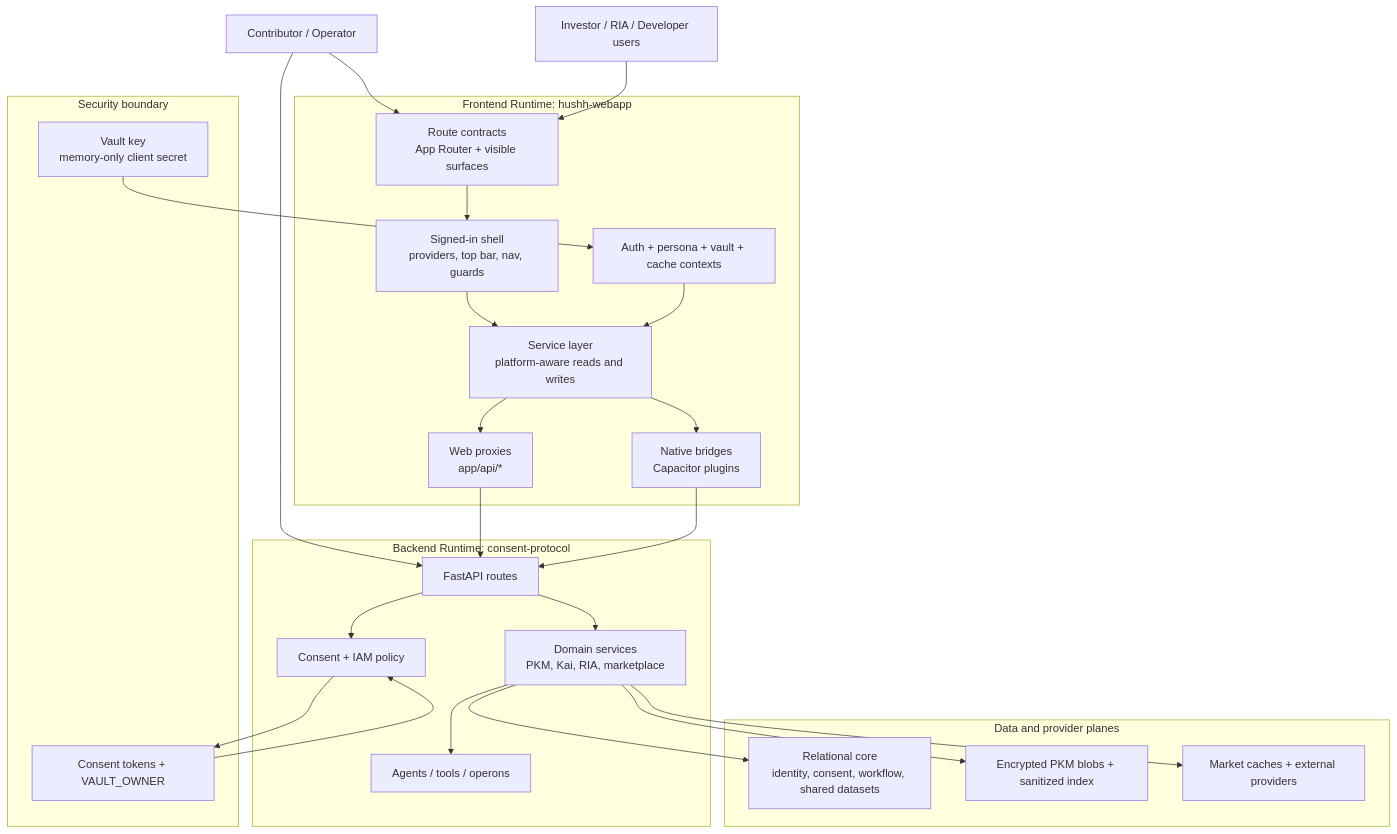
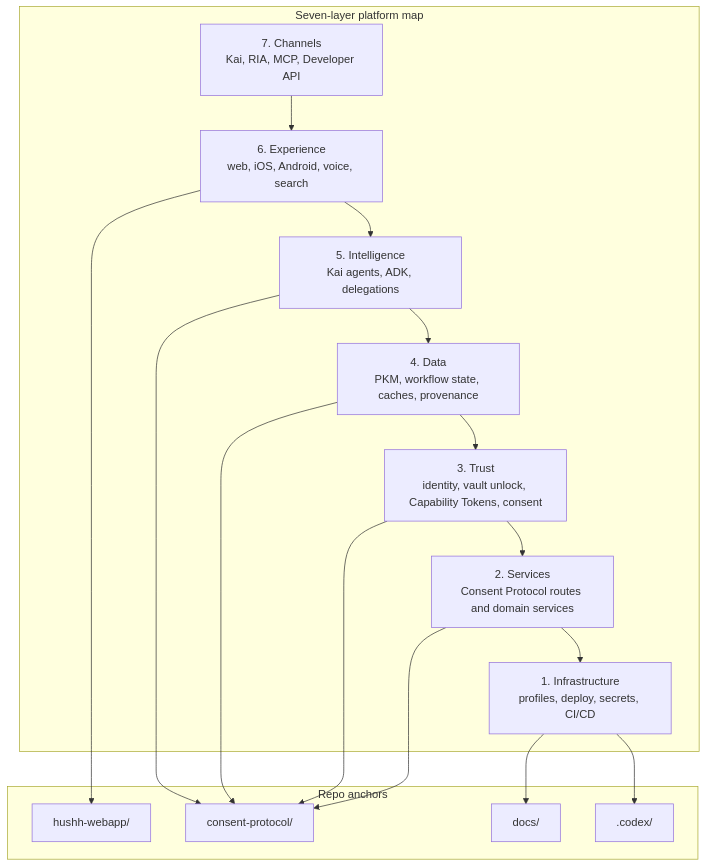
One commit to hushh-labs/hushh-research changed the diagram in docs/project_context_map.md. Above: the diagram before and after it, drawn with Mermaid. The commit also changed other lines of this file and 245 other files, not shown here.

````diff
--- a/docs/project_context_map.md
+++ b/docs/project_context_map.md
@@ -8,49 +7,28 @@
 ```mermaid
 flowchart TB
-  contributor["Contributor / Operator"]
-  users["Investor / RIA / Developer users"]
-
-  subgraph frontend["Frontend Runtime: hushh-webapp"]
-    routes["Route contracts<br/>App Router + visible surfaces"]
-    shell["Signed-in shell<br/>providers, top bar, nav, guards"]
-    services["Service layer<br/>platform-aware reads and writes"]
-    runtime["Auth + persona + vault + cache contexts"]
-    proxies["Web proxies<br/>app/api/*"]
-    plugins["Native bridges<br/>Capacitor plugins"]
+  subgraph layers["Seven-layer platform map"]
+    l7["7. Channels<br/>Kai, RIA, MCP, Developer API"]
+    l6["6. Experience<br/>web, iOS, Android, voice, search"]
+    l5["5. Intelligence<br/>Kai agents, ADK, delegations"]
+    l4["4. Data<br/>PKM, workflow state, caches, provenance"]
+    l3["3. Trust<br/>identity, vault unlock, Capability Tokens, consent"]
+    l2["2. Services<br/>Consent Protocol routes and domain services"]
+    l1["1. Infrastructure<br/>profiles, deploy, secrets, CI/CD"]
   end
 
-  subgraph backend["Backend Runtime: consent-protocol"]
-    api["FastAPI routes"]
-    policy["Consent + IAM policy"]
-    domain["Domain services<br/>PKM, Kai, RIA, marketplace"]
-    agents["Agents / tools / operons"]
+  subgraph repo["Repo anchors"]
+    web["hushh-webapp/"]
+    backend["consent-protocol/"]
+    docs["docs/"]
+    codex[".codex/"]
   end
 
-  subgraph data["Data and provider planes"]
-    relational["Relational core<br/>identity, consent, workflow, shared datasets"]
-    pkm["Encrypted PKM blobs + sanitized index"]
-    market["Market caches + external providers"]
-  end
-
-  subgraph security["Security boundary"]
-    token["Consent tokens + VAULT_OWNER"]
-    key["Vault key<br/>memory-only client secret"]
-  end
-
-  contributor --> routes
-  contributor --> api
-  users --> routes
-  routes --> shell --> services
-  runtime --> services
-  services --> proxies --> api
-  services --> plugins --> api
-  api --> policy
-  api --> domain
-  domain --> agents
-  policy --> token
-  domain --> relational
-  domain --> pkm
-  domain --> market
-  key --> runtime
-  token --> policy
+  l7 --> l6 --> l5 --> l4 --> l3 --> l2 --> l1
+  l6 --> web
+  l5 --> backend
+  l4 --> backend
+  l3 --> backend
+  l2 --> backend
+  l1 --> docs
+  l1 --> codex
 ```
````
